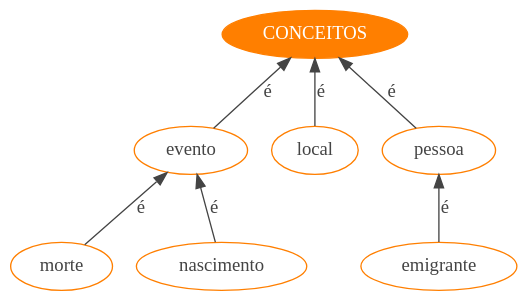
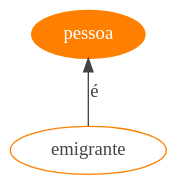
One commit to MiguelCosta/EngenhariaDeLinguagens changed the diagram in EG/ExerciciosParaAvaliacao/Ex5/WebSite/x.gv. Above: the diagram before and after it, drawn with Graphviz. The commit also changed 24 other files, not shown here.

```diff
--- a/EG/ExerciciosParaAvaliacao/Ex5/WebSite/x.gv
+++ b/EG/ExerciciosParaAvaliacao/Ex5/WebSite/x.gv
@@ -1,21 +1,10 @@
 
 digraph mainmap {
-	graph [bgcolor=transparent];
 	rankdir = BT;
-  CONCEITOS [URL="conceitos.php",
-		color = darkorange1,
+graph [bgcolor=transparent];
+"pessoa" [URL="conceito.php?conceito=pessoa", color = darkorange1,
 		fontcolor = white,
-		style = filled,];
-"evento" [color="darkorange1", fontcolor="#444444",URL="conceito.php?conceito=evento"];
-"evento" -> CONCEITOS [label=é, color="#444444", fontcolor="#444444"];
-"morte" [color="darkorange1", fontcolor="#444444",URL="conceito.php?conceito=morte"];
-"morte" -> "evento"[label=é, color="#444444", fontcolor="#444444"];
-"nascimento" [color="darkorange1", fontcolor="#444444",URL="conceito.php?conceito=nascimento"];
-"nascimento" -> "evento"[label=é, color="#444444", fontcolor="#444444"];
-"local" [color="darkorange1", fontcolor="#444444",URL="conceito.php?conceito=local"];
-"local" -> CONCEITOS [label=é, color="#444444", fontcolor="#444444"];
-"pessoa" [color="darkorange1", fontcolor="#444444",URL="conceito.php?conceito=pessoa"];
-"pessoa" -> CONCEITOS [label=é, color="#444444", fontcolor="#444444"];
+		style = filled, ];
 "emigrante" [color="darkorange1", fontcolor="#444444",URL="conceito.php?conceito=emigrante"];
 "emigrante" -> "pessoa"[label=é, color="#444444", fontcolor="#444444"];
 }
```
